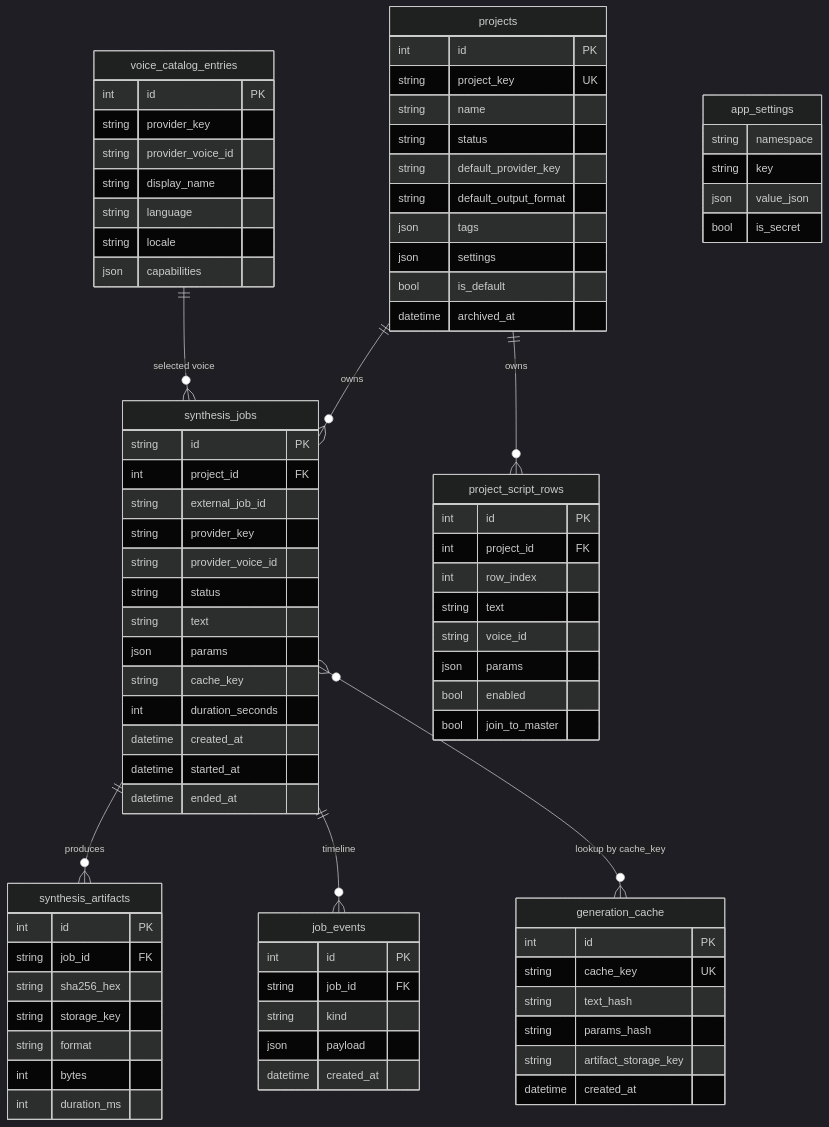
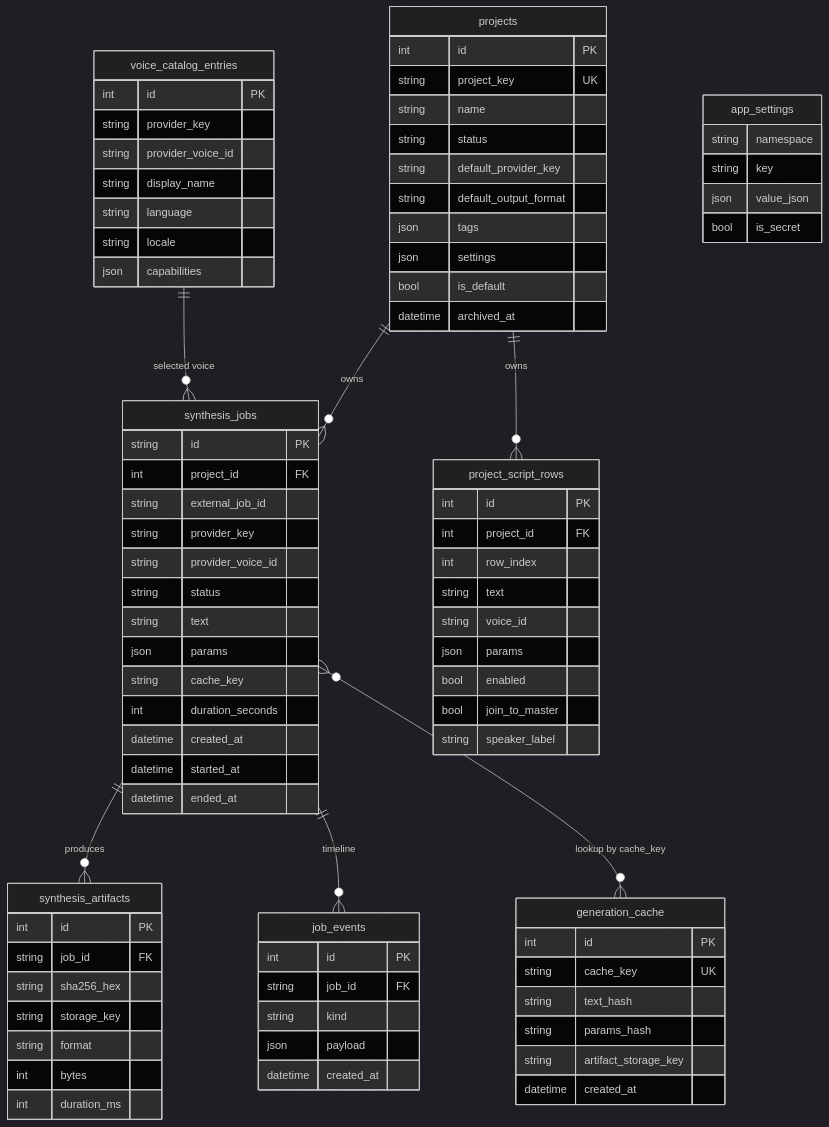
Before and after one commit to truongqv12/ntd_audio: the diagram in docs/en/database.md, drawn with Mermaid (dark theme). The commit also changed other lines of this file and 9 other files, not shown here.

First line of the commit message:
docs: sync feature-map / api / database / architecture with shipped surface

````diff
--- a/docs/en/database.md
+++ b/docs/en/database.md
@@ -96,5 +96,6 @@
     json params
     bool enabled
     bool join_to_master
+    string speaker_label
   }
 ```
````
